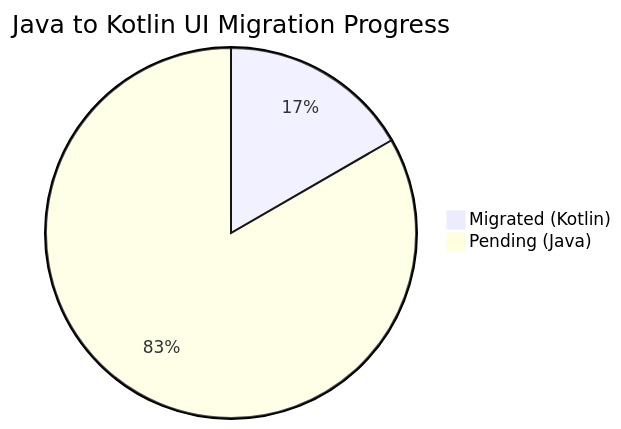
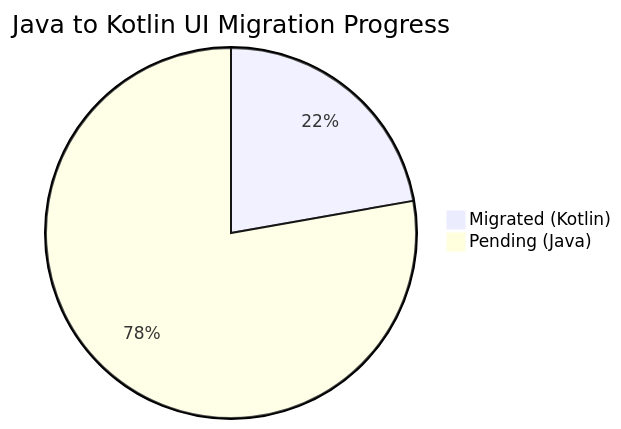
The second of 2 diagrams in README.md (solomonrajan/cashledger), drawn with Mermaid before and after one commit. The commit also changed other lines of this file and 4 other files, not shown here.

````diff
--- a/README.md
+++ b/README.md
@@ -158,5 +158,5 @@
 ```mermaid
 pie title Java to Kotlin UI Migration Progress
-    "Migrated (Kotlin)" : 6
-    "Pending (Java)" : 30
+    "Migrated (Kotlin)" : 8
+    "Pending (Java)" : 28
 ```
````
